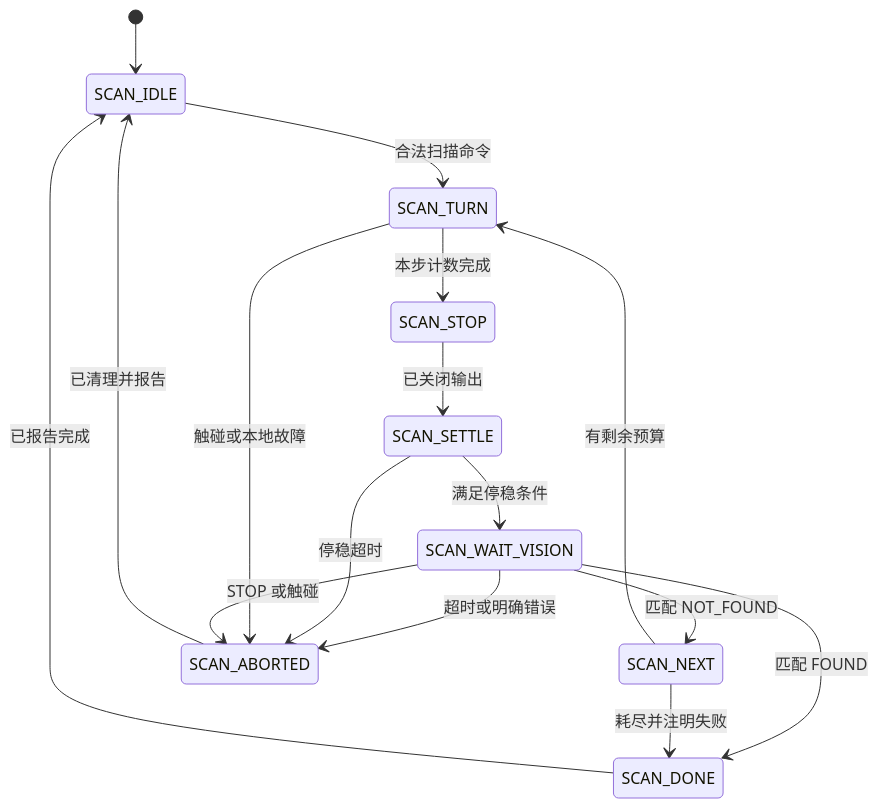
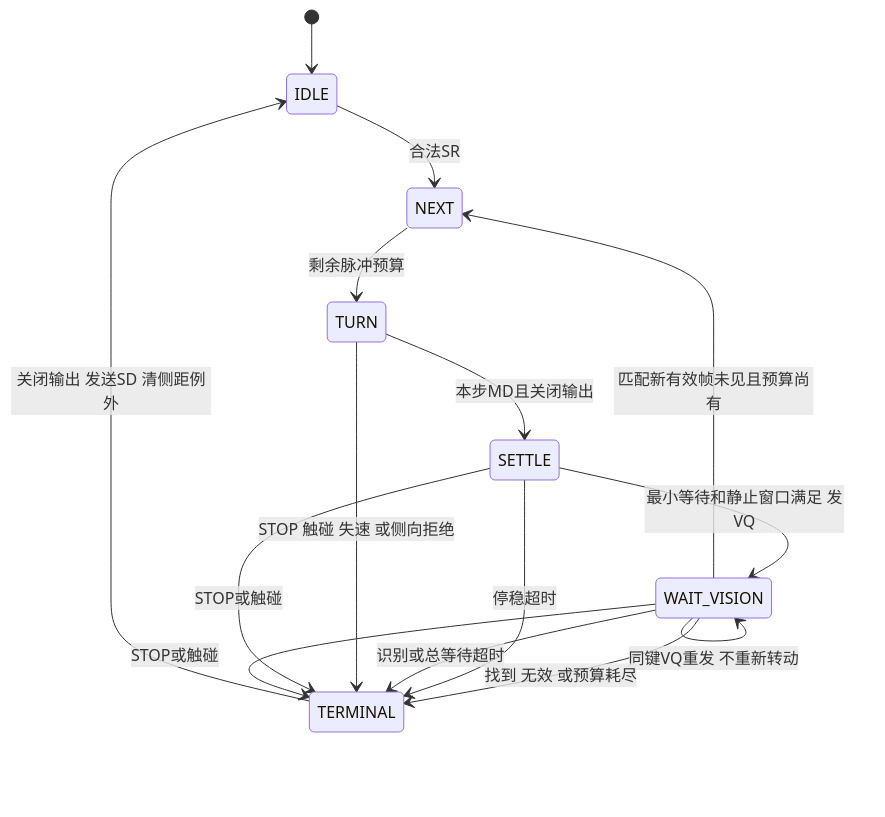
One commit to SaitoTommo/CatTeasingRobot changed the fourth of 4 diagrams in 机器人状态机与测试清单.md. Above: the diagram before and after it, drawn with Mermaid. The commit also changed other lines of this file and 14 other files, not shown here.

````diff
--- a/机器人状态机与测试清单.md
+++ b/机器人状态机与测试清单.md
@@ -301,18 +283,17 @@
 ```mermaid
 stateDiagram-v2
-  [*] --> SCAN_IDLE
-  SCAN_IDLE --> SCAN_TURN: 合法扫描命令
-  SCAN_TURN --> SCAN_STOP: 本步计数完成
-  SCAN_STOP --> SCAN_SETTLE: 已关闭输出
-  SCAN_SETTLE --> SCAN_WAIT_VISION: 满足停稳条件
-  SCAN_WAIT_VISION --> SCAN_DONE: 匹配 FOUND
-  SCAN_WAIT_VISION --> SCAN_NEXT: 匹配 NOT_FOUND
-  SCAN_NEXT --> SCAN_TURN: 有剩余预算
-  SCAN_NEXT --> SCAN_DONE: 耗尽并注明失败
-  SCAN_WAIT_VISION --> SCAN_ABORTED: 超时或明确错误
-  SCAN_SETTLE --> SCAN_ABORTED: 停稳超时
-  SCAN_TURN --> SCAN_ABORTED: 触碰或本地故障
-  SCAN_WAIT_VISION --> SCAN_ABORTED: STOP 或触碰
-  SCAN_DONE --> SCAN_IDLE: 已报告完成
-  SCAN_ABORTED --> SCAN_IDLE: 已清理并报告
+  [*] --> IDLE
+  IDLE --> NEXT: 合法SR
+  NEXT --> TURN: 剩余脉冲预算
+  TURN --> SETTLE: 本步MD且关闭输出
+  SETTLE --> WAIT_VISION: 最小等待和静止窗口满足 发VQ
+  WAIT_VISION --> WAIT_VISION: 同键VQ重发 不重新转动
+  WAIT_VISION --> NEXT: 匹配新有效帧未见且预算尚有
+  WAIT_VISION --> TERMINAL: 找到 无效 或预算耗尽
+  SETTLE --> TERMINAL: 停稳超时
+  WAIT_VISION --> TERMINAL: 识别或总等待超时
+  TURN --> TERMINAL: STOP 触碰 失速 或侧向拒绝
+  SETTLE --> TERMINAL: STOP或触碰
+  WAIT_VISION --> TERMINAL: STOP或触碰
+  TERMINAL --> IDLE: 关闭输出 发送SD 清侧距例外
 ```
````
